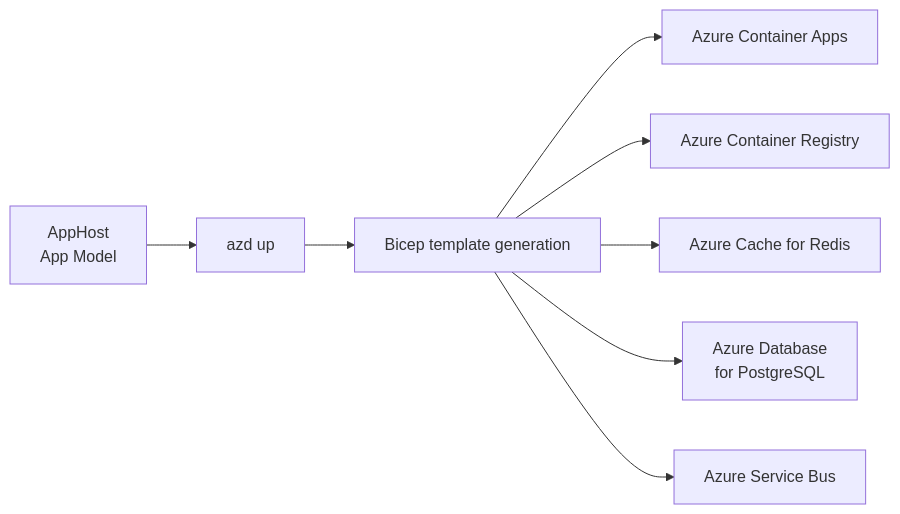
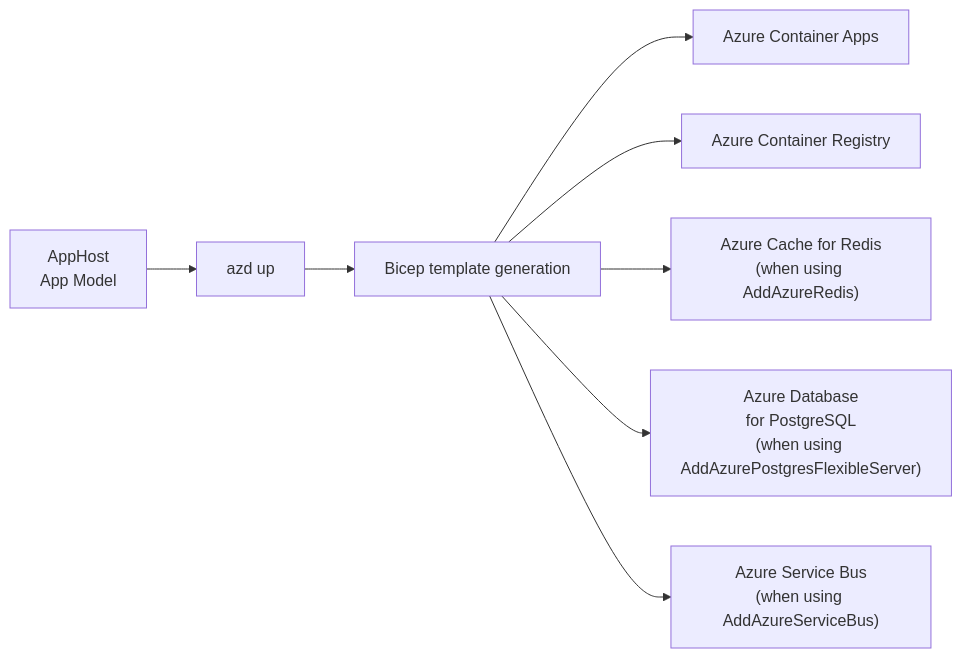
One commit to yoichiozaki/yoichiozaki.github.io changed diagram 16 of 18 in content/blog/en/dotnet-aspire.mdx. Above: the diagram before and after it, drawn with Mermaid. The commit also changed other lines of this file and 116 other files, not shown here.

````diff
--- a/content/blog/en/dotnet-aspire.mdx
+++ b/content/blog/en/dotnet-aspire.mdx
@@ -925,10 +930,10 @@
 ```mermaid
 graph LR
     AppHost["AppHost<br/>App Model"] --> AZD["azd up"]
     AZD --> Infra["Bicep template generation"]
     Infra --> ACA["Azure Container Apps"]
     Infra --> ACR["Azure Container Registry"]
-    Infra --> Redis["Azure Cache for Redis"]
-    Infra --> PGSQL["Azure Database<br/>for PostgreSQL"]
-    Infra --> SB["Azure Service Bus"]
+    Infra --> Redis["Azure Cache for Redis<br/>(when using AddAzureRedis)"]
+    Infra --> PGSQL["Azure Database<br/>for PostgreSQL<br/>(when using AddAzurePostgresFlexibleServer)"]
+    Infra --> SB["Azure Service Bus<br/>(when using AddAzureServiceBus)"]
 ```
````
